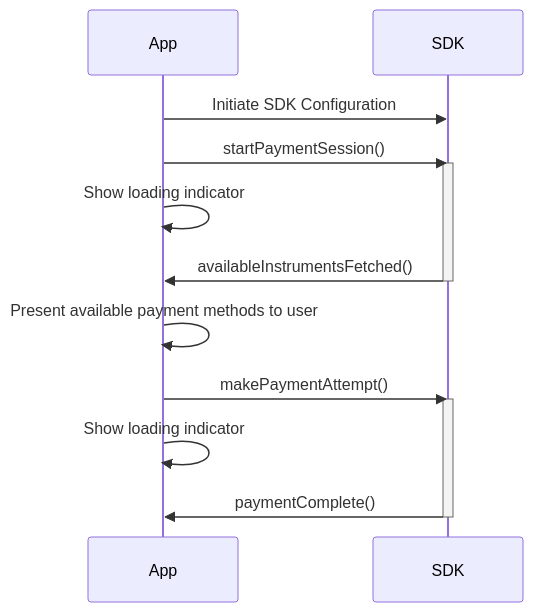
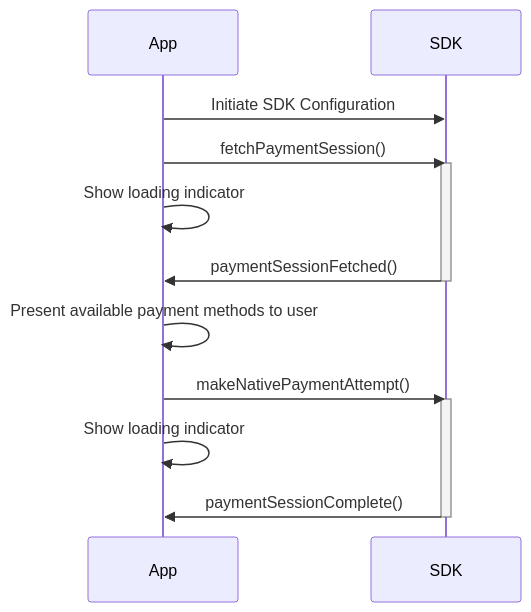
One commit to SwedbankPay/developer.swedbankpay.com changed the first of 4 diagrams in checkout-v3/modules-sdks/mobile-sdk/native-payments.md. Above: the diagram before and after it, drawn with Mermaid. The commit also changed other lines of this file and 1 other file, not shown here.

Commit message:
Updates to reflect SDK changes

````diff
--- a/checkout-v3/modules-sdks/mobile-sdk/native-payments.md
+++ b/checkout-v3/modules-sdks/mobile-sdk/native-payments.md
@@ -45,18 +45,18 @@
 ```mermaid
 sequenceDiagram
     participant App
     participant SDK
 
     App ->> SDK: Initiate SDK Configuration
-    App ->> SDK: startPaymentSession()
+    App ->> SDK: fetchPaymentSession()
     activate SDK
     App ->> App: Show loading indicator
-    SDK ->> App: availableInstrumentsFetched()
+    SDK ->> App: paymentSessionFetched()
     deactivate SDK
     App ->> App: Present available payment methods to user
-    App ->> SDK: makePaymentAttempt()
+    App ->> SDK: makeNativePaymentAttempt()
     activate SDK
     App ->> App: Show loading indicator
-    SDK ->> App: paymentComplete()
+    SDK ->> App: paymentSessionComplete()
     deactivate SDK
 ```
````
